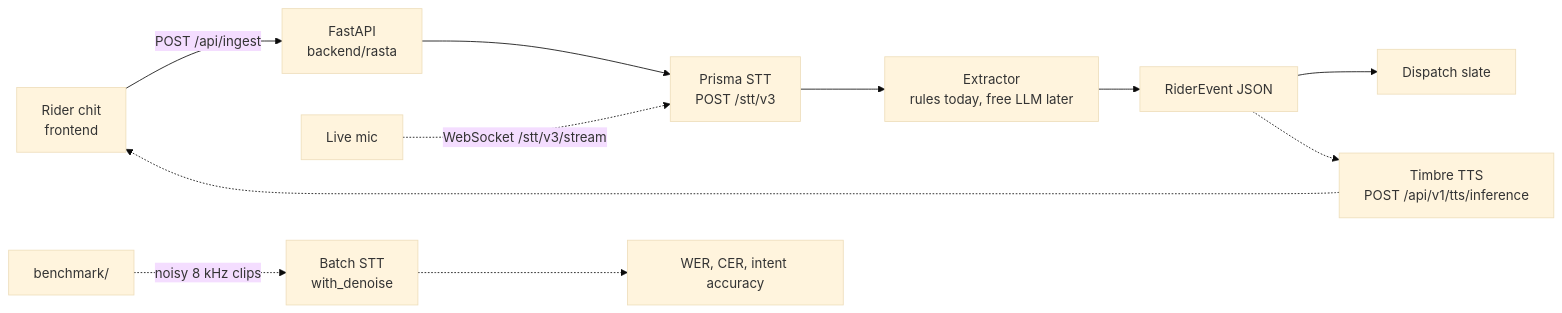
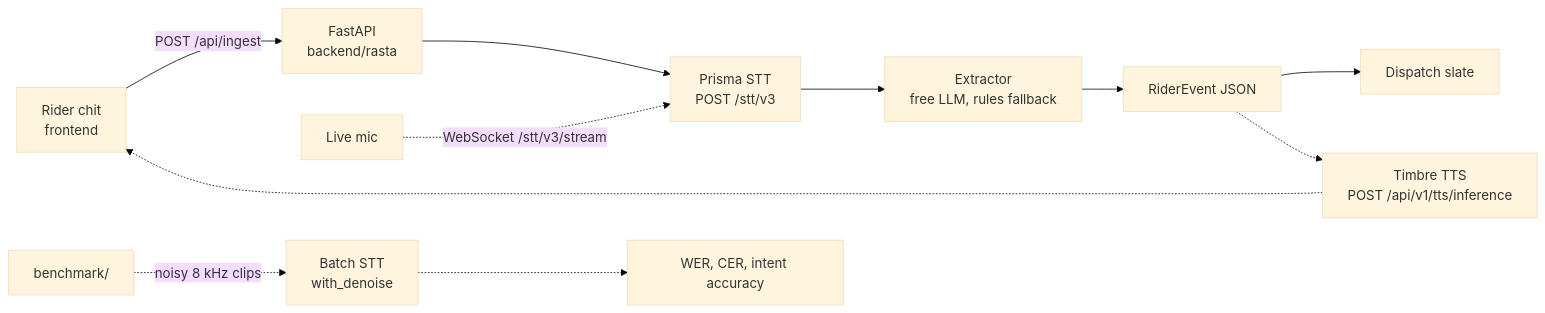
The diagram in README.md (CodewithJha/rasta-voice), drawn with Mermaid (base theme) before and after one commit. The commit also changed other lines of this file and 29 other files, not shown here.

First line of the commit message:
feat(extract): free-tier LLM extractor with rules fallback and intent eval (#37)

````diff
--- a/README.md
+++ b/README.md
@@ -33,13 +33,13 @@
 ```mermaid
 flowchart LR
   rider["Rider chit<br/>frontend"] -->|POST /api/ingest| api["FastAPI<br/>backend/rasta"]
   api --> stt["Prisma STT<br/>POST /stt/v3"]
-  stt --> extract["Extractor<br/>rules today, free LLM later"]
+  stt --> extract["Extractor<br/>free LLM, rules fallback"]
   extract --> event["RiderEvent JSON"]
   event --> slate["Dispatch slate"]
   event -.-> tts["Timbre TTS<br/>POST /api/v1/tts/inference"]
   tts -.-> rider
   mic["Live mic"] -.->|WebSocket /stt/v3/stream| stt
   bench["benchmark/"] -.->|noisy 8 kHz clips| batch["Batch STT<br/>with_denoise"]
   batch -.-> scores["WER, CER, intent accuracy"]
 ```
````
